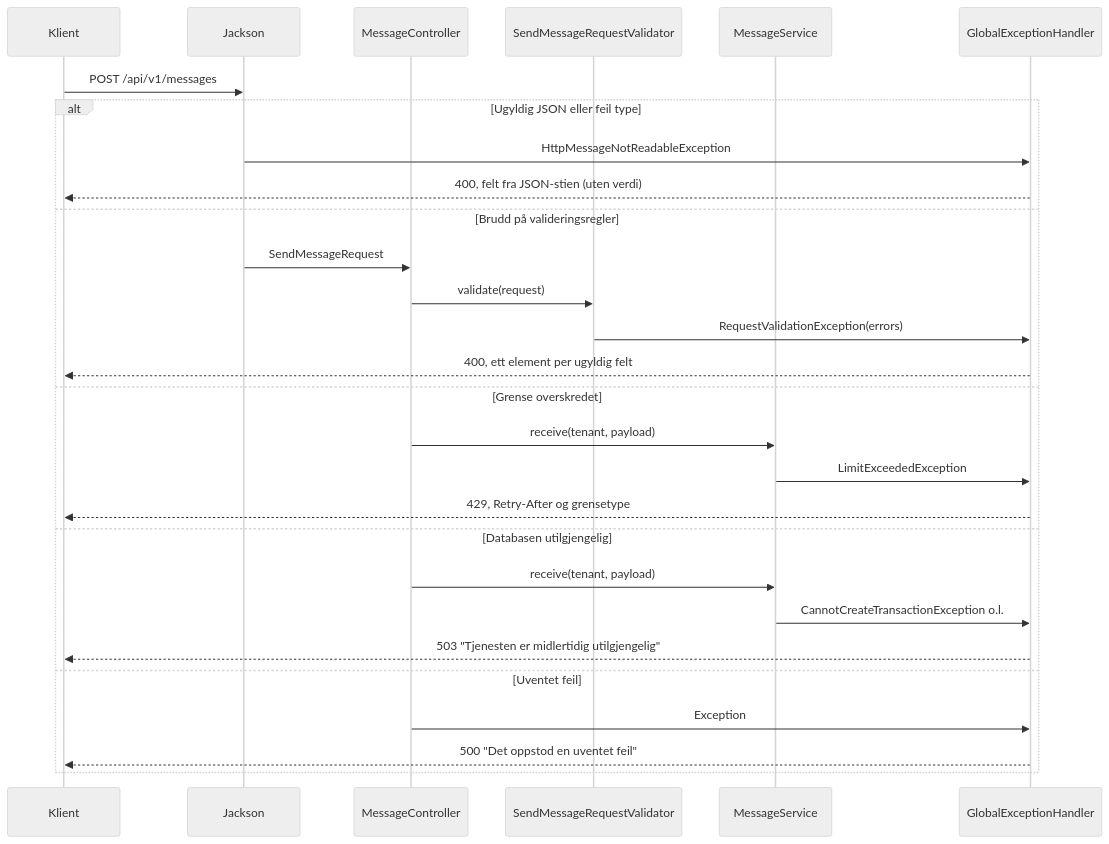
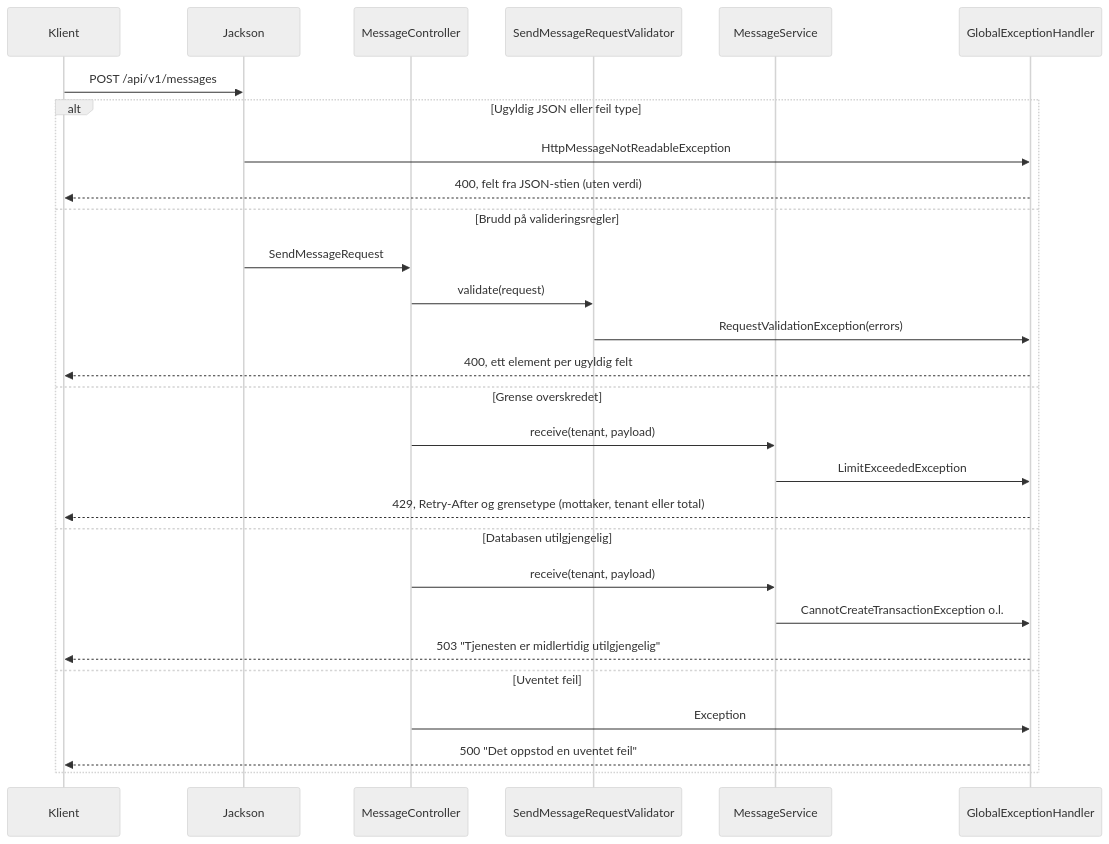
The ninth of 12 diagrams in docs/architecture.md (FINTLabs/fint-communication-service), drawn with Mermaid (neutral theme) before and after one commit. The commit also changed other lines of this file and 11 other files, not shown here.

````diff
--- a/docs/architecture.md
+++ b/docs/architecture.md
@@ -457,31 +459,31 @@
 ```mermaid
 sequenceDiagram
     participant C as Klient
     participant J as Jackson
     participant MC as MessageController
     participant V as SendMessageRequestValidator
     participant MS as MessageService
     participant H as GlobalExceptionHandler
 
     C->>J: POST /api/v1/messages
     alt Ugyldig JSON eller feil type
         J->>H: HttpMessageNotReadableException
         H-->>C: 400, felt fra JSON-stien (uten verdi)
     else Brudd på valideringsregler
         J->>MC: SendMessageRequest
         MC->>V: validate(request)
         V->>H: RequestValidationException(errors)
         H-->>C: 400, ett element per ugyldig felt
     else Grense overskredet
         MC->>MS: receive(tenant, payload)
         MS->>H: LimitExceededException
-        H-->>C: 429, Retry-After og grensetype
+        H-->>C: 429, Retry-After og grensetype (mottaker, tenant eller total)
     else Databasen utilgjengelig
         MC->>MS: receive(tenant, payload)
         MS->>H: CannotCreateTransactionException o.l.
         H-->>C: 503 "Tjenesten er midlertidig utilgjengelig"
     else Uventet feil
         MC->>H: Exception
         H-->>C: 500 "Det oppstod en uventet feil"
     end
 ```
````
